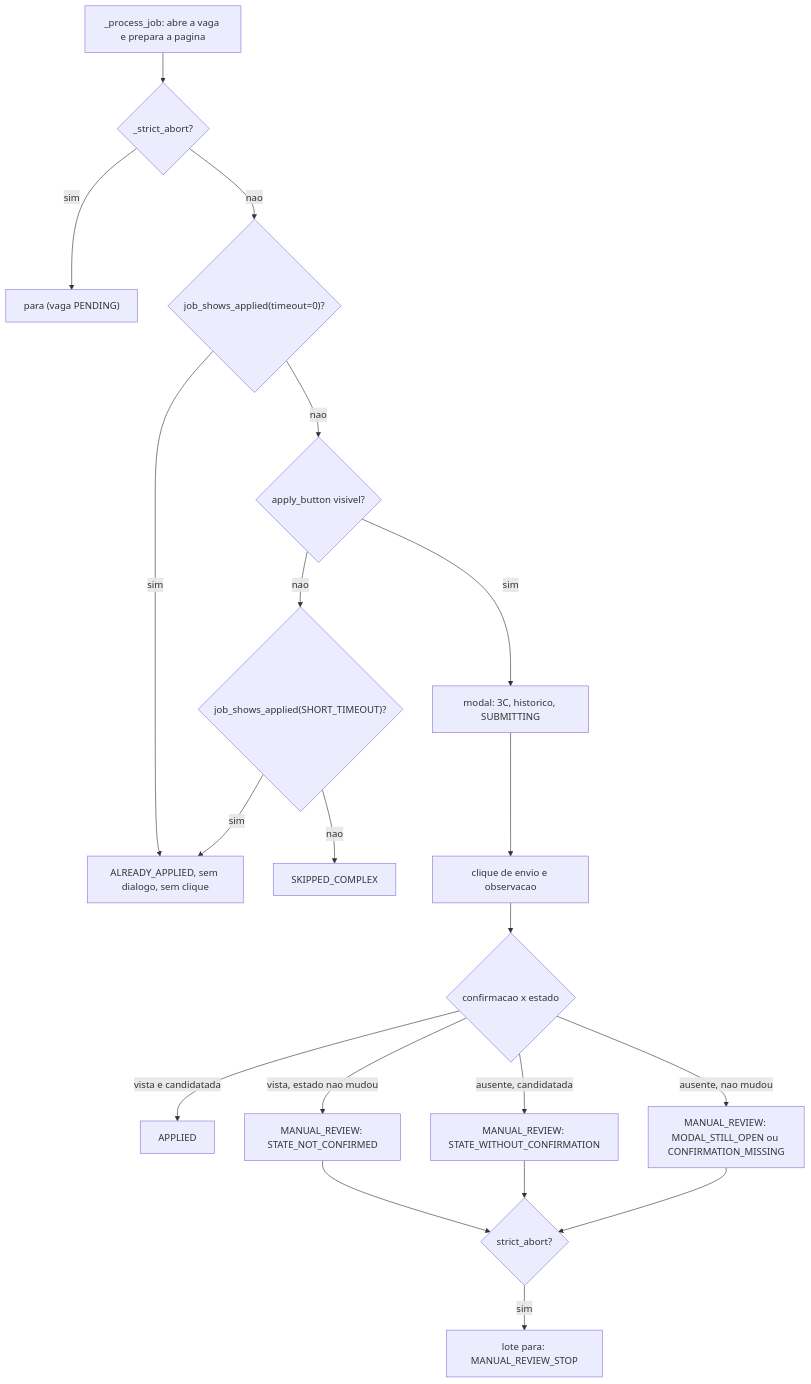
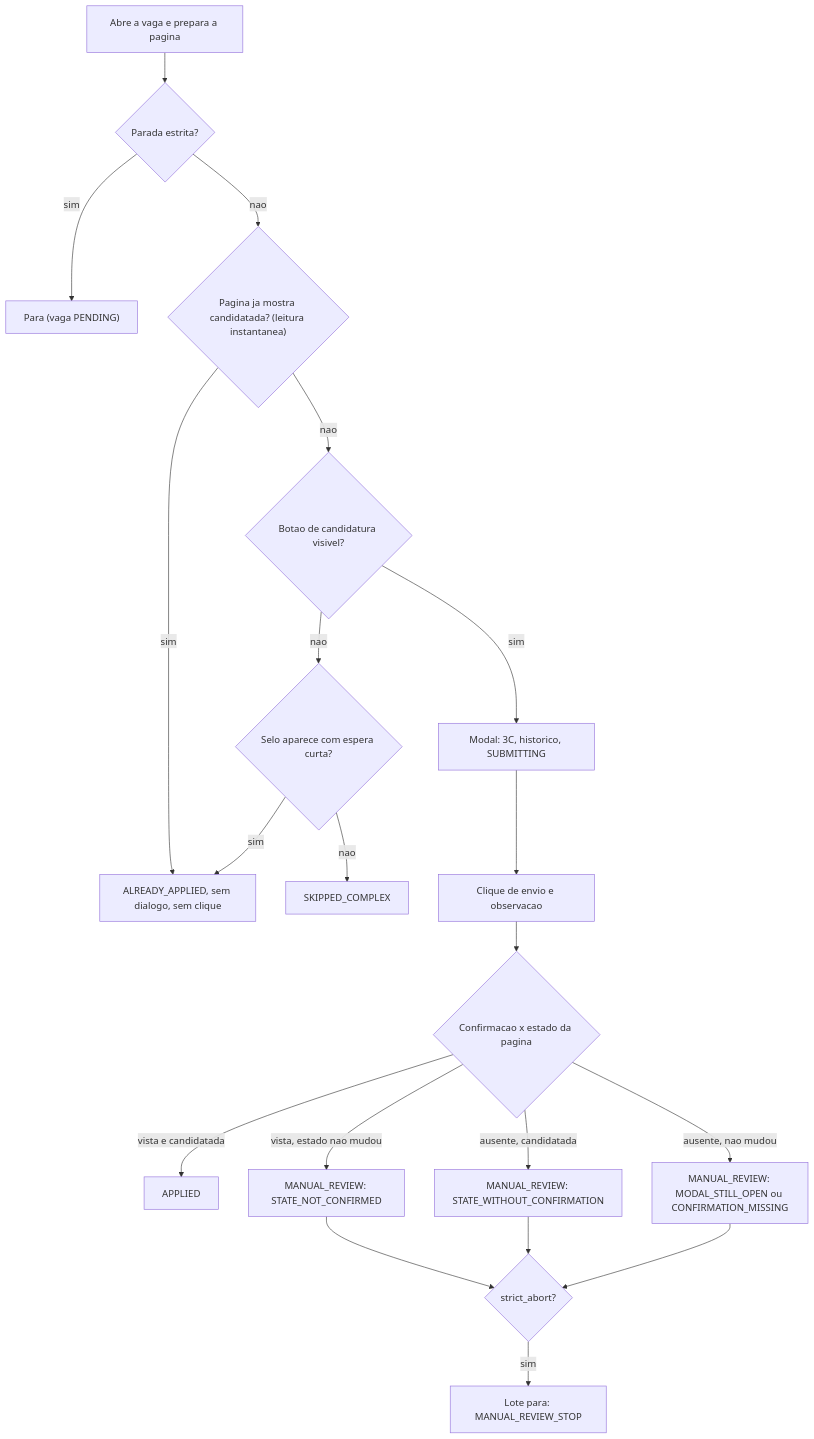
Before and after one commit to nicolas-oliveira/ai-hawk: the second of 2 diagrams in NOTAS.md, drawn with Mermaid. The commit also changed other lines of this file and 1 other file, not shown here.

````diff
--- a/NOTAS.md
+++ b/NOTAS.md
@@ -42,21 +128,21 @@
 ```mermaid
 flowchart TD
-  OPEN["_process_job: abre a vaga e prepara a pagina"] --> SA{"_strict_abort?"}
-  SA -->|sim| F0["para (vaga PENDING)"]
-  SA -->|nao| S0{"job_shows_applied(timeout=0)?"}
+  OPEN["Abre a vaga e prepara a pagina"] --> SA{"Parada estrita?"}
+  SA -->|sim| F0["Para (vaga PENDING)"]
+  SA -->|nao| S0{"Pagina ja mostra candidatada? (leitura instantanea)"}
   S0 -->|sim| AA["ALREADY_APPLIED, sem dialogo, sem clique"]
-  S0 -->|nao| BTN{"apply_button visivel?"}
-  BTN -->|nao| S1{"job_shows_applied(SHORT_TIMEOUT)?"}
+  S0 -->|nao| BTN{"Botao de candidatura visivel?"}
+  BTN -->|nao| S1{"Selo aparece com espera curta?"}
   S1 -->|sim| AA
   S1 -->|nao| SK["SKIPPED_COMPLEX"]
-  BTN -->|sim| MODAL["modal: 3C, historico, SUBMITTING"] --> ENV["clique de envio e observacao"]
-  ENV --> COMB{"confirmacao x estado"}
+  BTN -->|sim| MODAL["Modal: 3C, historico, SUBMITTING"] --> ENV["Clique de envio e observacao"]
+  ENV --> COMB{"Confirmacao x estado da pagina"}
   COMB -->|"vista e candidatada"| OK["APPLIED"]
   COMB -->|"vista, estado nao mudou"| M1["MANUAL_REVIEW: STATE_NOT_CONFIRMED"]
   COMB -->|"ausente, candidatada"| M2["MANUAL_REVIEW: STATE_WITHOUT_CONFIRMATION"]
   COMB -->|"ausente, nao mudou"| M3["MANUAL_REVIEW: MODAL_STILL_OPEN ou CONFIRMATION_MISSING"]
   M1 --> P{"strict_abort?"}
   M2 --> P
   M3 --> P
-  P -->|sim| PARA["lote para: MANUAL_REVIEW_STOP"]
+  P -->|sim| PARA["Lote para: MANUAL_REVIEW_STOP"]
 ```
````
